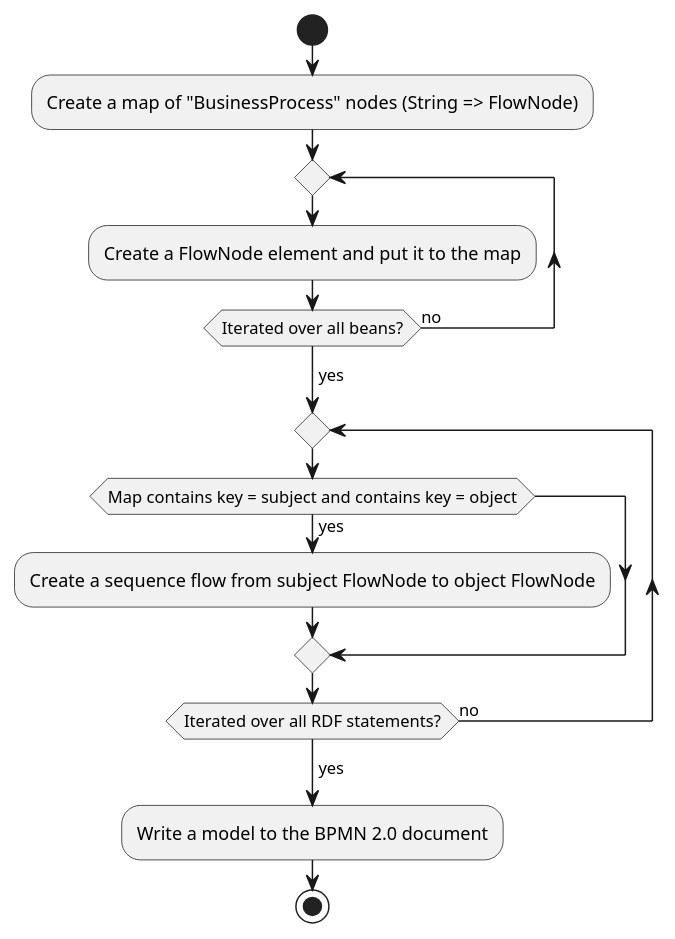
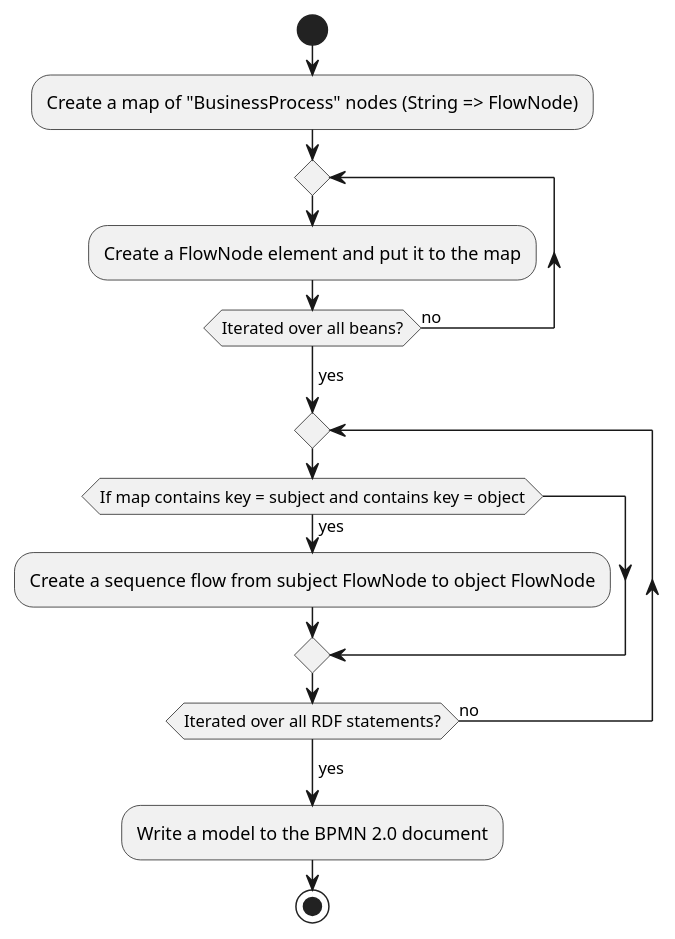
The diagram in puml/ORM2BPMN_alg.puml (andriikopp/research-calculations), drawn with PlantUML before and after one commit. The commit also changed 1 other file, not shown here.

Commit message:
process map tool java classes

```diff
--- a/puml/ORM2BPMN_alg.puml
+++ b/puml/ORM2BPMN_alg.puml
@@ -1,23 +1,23 @@
 @startuml
 
 start
 
 :Create a map of "BusinessProcess" nodes (String => FlowNode);
 
 repeat
     :Create a FlowNode element and put it to the map;
 repeat while (Iterated over all beans?) is (no)
 -> yes;
 
 repeat 
-    if (Map contains key = subject and contains key = object) then (yes)
+    if (If map contains key = subject and contains key = object) then (yes)
         :Create a sequence flow from subject FlowNode to object FlowNode;
     endif
 repeat while (Iterated over all RDF statements?) is (no)
 -> yes;
 
 :Write a model to the BPMN 2.0 document;
 
 stop
 
 @enduml
```
